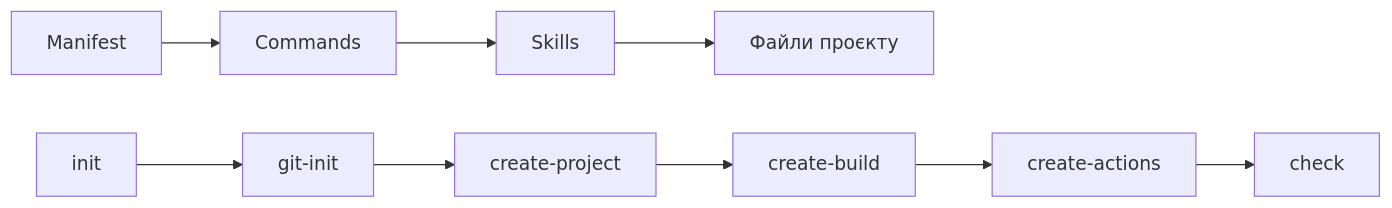
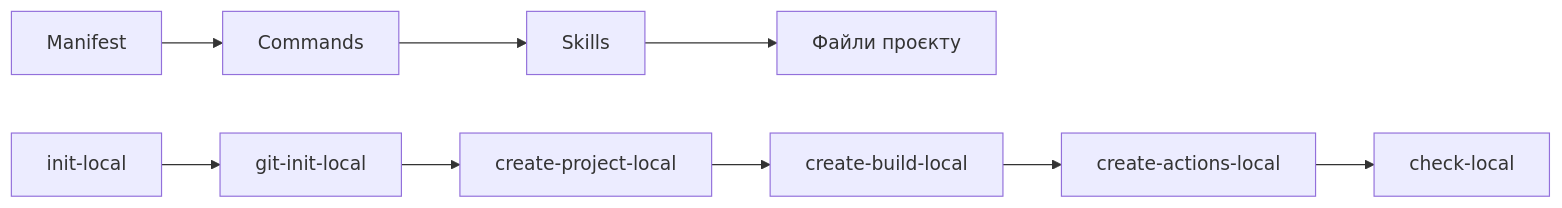
One commit to gthb-lab/csad_KI402_SmolynskyiRB_v2 changed the diagram in docs/architecture.md. Above: the diagram before and after it, drawn with Mermaid. The commit also changed other lines of this file and 12 other files, not shown here.

Commit message:
fix(agent): rename commands with -local suffix to avoid built-in /init conflict

````diff
--- a/docs/architecture.md
+++ b/docs/architecture.md
@@ -28,12 +28,12 @@
 ```mermaid
 flowchart LR
     M[Manifest] --> C[Commands]
     C --> S[Skills]
     S --> F[Файли проєкту]
 
-    I[init] --> GI[git-init]
-    GI --> CP[create-project]
-    CP --> CB[create-build]
-    CB --> CA[create-actions]
-    CA --> CH[check]
+    I[init-local] --> GI[git-init-local]
+    GI --> CP[create-project-local]
+    CP --> CB[create-build-local]
+    CB --> CA[create-actions-local]
+    CA --> CH[check-local]
 ```
````
